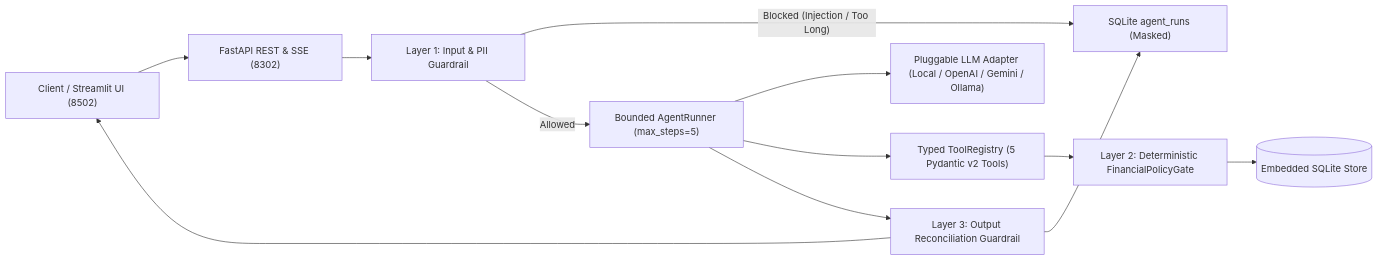
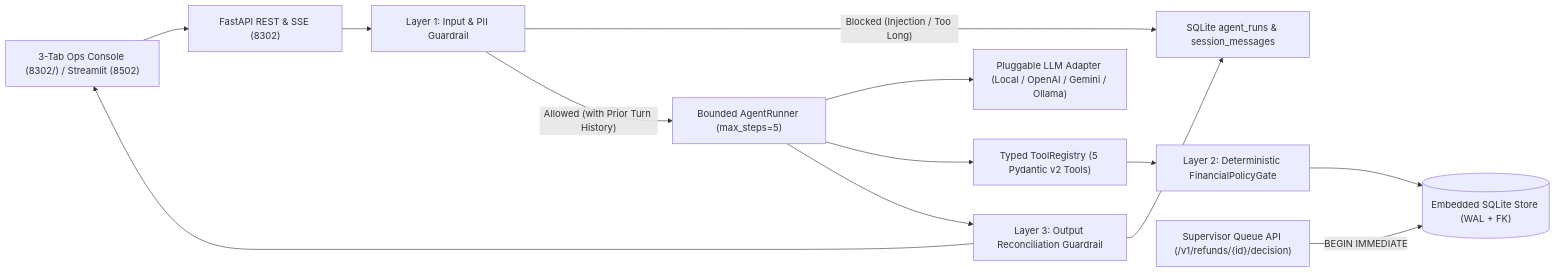
The diagram in README.md (bachiep/orderops-agent), drawn with Mermaid before and after one commit. The commit also changed other lines of this file and 26 other files, not shown here.

Commit message:
feat(v2): add persistent multi-turn sessions, HITL queue, 3-tab Ops Console, eval drilldown, and QLoRA notebook (#19)

````diff
--- a/README.md
+++ b/README.md
@@ -19,14 +23,15 @@
 ```mermaid
 flowchart LR
-    Client["Client / Streamlit UI (8502)"] --> API["FastAPI REST & SSE (8302)"]
+    Client["3-Tab Ops Console (8302/) / Streamlit (8502)"] --> API["FastAPI REST & SSE (8302)"]
     API --> L1["Layer 1: Input & PII Guardrail"]
-    L1 -->|"Blocked (Injection / Too Long)"| Audit["SQLite agent_runs (Masked)"]
-    L1 -->|"Allowed"| Runner["Bounded AgentRunner (max_steps=5)"]
+    L1 -->|"Blocked (Injection / Too Long)"| Audit["SQLite agent_runs & session_messages"]
+    L1 -->|"Allowed (with Prior Turn History)"| Runner["Bounded AgentRunner (max_steps=5)"]
     Runner --> Provider["Pluggable LLM Adapter (Local / OpenAI / Gemini / Ollama)"]
     Runner --> Registry["Typed ToolRegistry (5 Pydantic v2 Tools)"]
     Registry --> L2["Layer 2: Deterministic FinancialPolicyGate"]
-    L2 --> DB[("Embedded SQLite Store")]
+    L2 --> DB[("Embedded SQLite Store (WAL + FK)")]
     Runner --> L3["Layer 3: Output Reconciliation Guardrail"]
     L3 --> Audit
+    HITL["Supervisor Queue API (/v1/refunds/{id}/decision)"] -->|"BEGIN IMMEDIATE"| DB
     L3 --> Client
 ```
````
